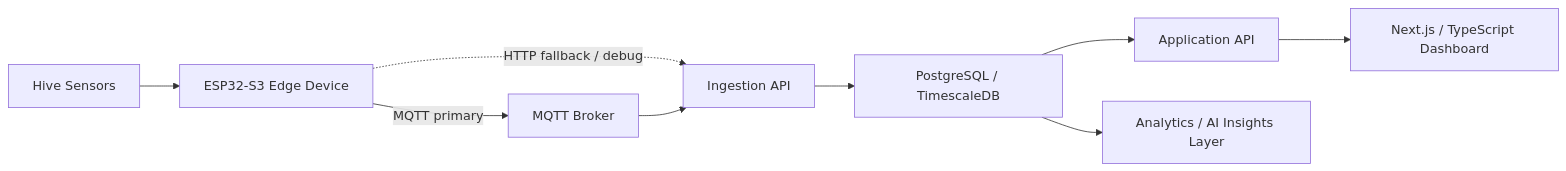
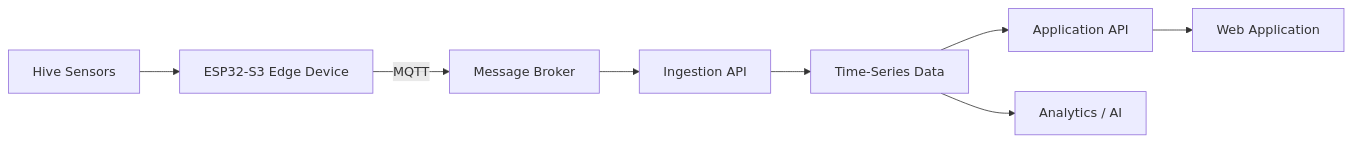
Before and after one commit to Viktor-Matskevich/Viktor-Matskevich: the third of 4 diagrams in SYSTEMS.md, drawn with Mermaid. The commit also changed other lines of this file, not shown here.

````diff
--- a/SYSTEMS.md
+++ b/SYSTEMS.md
@@ -140,11 +107,10 @@
 ```mermaid
 flowchart LR
     S[Hive Sensors] --> E[ESP32-S3 Edge Device]
-    E -->|MQTT primary| B[MQTT Broker]
-    E -.->|HTTP fallback / debug| I[Ingestion API]
-    B --> I
-    I --> T[PostgreSQL / TimescaleDB]
+    E -->|MQTT| B[Message Broker]
+    B --> I[Ingestion API]
+    I --> T[Time-Series Data]
     T --> API[Application API]
-    API --> UI[Next.js / TypeScript Dashboard]
-    T --> A[Analytics / AI Insights Layer]
+    API --> UI[Web Application]
+    T --> A[Analytics / AI]
 ```
````
